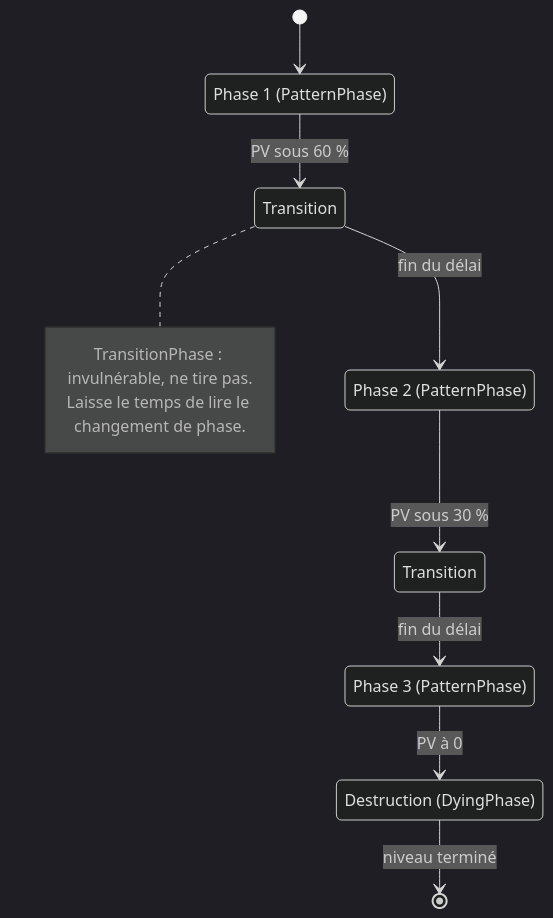
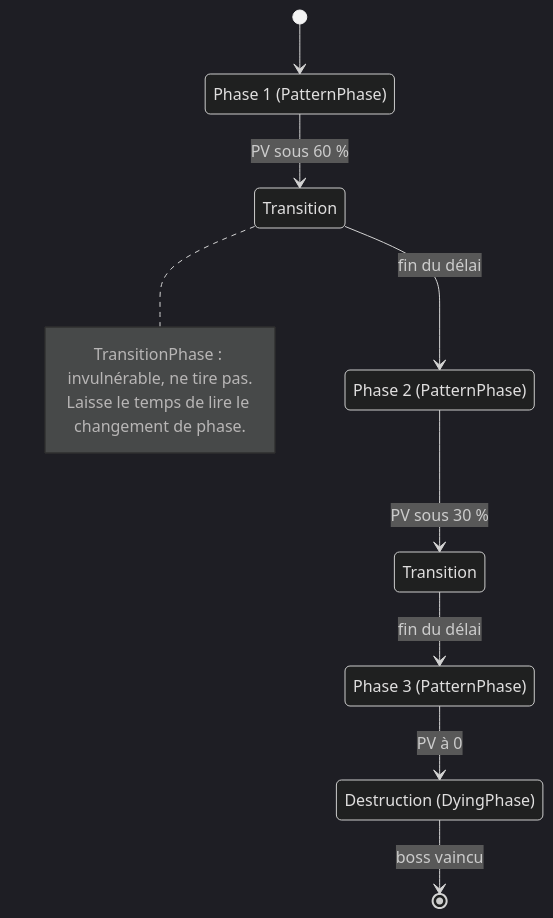
One commit to Bisiaux-dev/public-vault changed diagram 11 of 11 in content/2D-Game/ideas/pierre/Bullet hell roguelike - UML.md. Above: the diagram before and after it, drawn with Mermaid (dark theme). The commit also changed other lines of this file and 31 other files, not shown here.

````diff
--- a/content/2D-Game/ideas/pierre/Bullet hell roguelike - UML.md
+++ b/content/2D-Game/ideas/pierre/Bullet hell roguelike - UML.md
@@ -793,21 +622,21 @@
 ```mermaid
 stateDiagram-v2
     state "Phase 1 (PatternPhase)" as P1
     state "Transition" as T1
     state "Phase 2 (PatternPhase)" as P2
     state "Transition" as T2
     state "Phase 3 (PatternPhase)" as P3
     state "Destruction (DyingPhase)" as D
 
     [*] --> P1
     P1 --> T1 : PV sous 60 %
     T1 --> P2 : fin du délai
     P2 --> T2 : PV sous 30 %
     T2 --> P3 : fin du délai
     P3 --> D : PV à 0
-    D --> [*] : niveau terminé
+    D --> [*] : boss vaincu
     note right of T1
         TransitionPhase : invulnérable, ne tire pas.
         Laisse le temps de lire le changement de phase.
     end note
 ```
````
